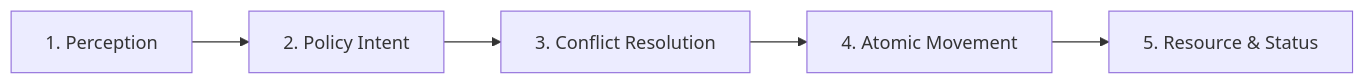
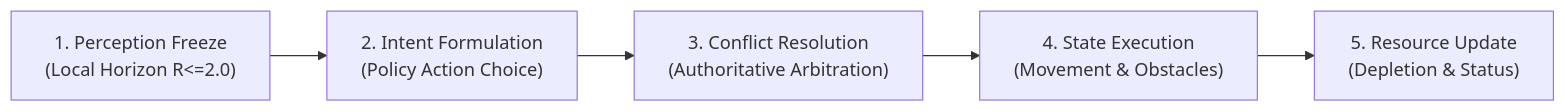
One commit to meettomar07/WorldSim changed the diagram in README.md. Above: the diagram before and after it, drawn with Mermaid. The commit also changed other lines of this file and 55 other files, not shown here.

````diff
--- a/README.md
+++ b/README.md
@@ -112,7 +117,7 @@
 ```mermaid
 flowchart LR
-    A["1. Perception"] --> B["2. Policy Intent"]
-    B --> C["3. Conflict Resolution"]
-    C --> D["4. Atomic Movement"]
-    D --> E["5. Resource & Status"]
+    A["1. Perception Freeze\n(Local Horizon R<=2.0)"] --> B["2. Intent Formulation\n(Policy Action Choice)"]
+    B --> C["3. Conflict Resolution\n(Authoritative Arbitration)"]
+    C --> D["4. State Execution\n(Movement & Obstacles)"]
+    D --> E["5. Resource Update\n(Depletion & Status)"]
 ```
````
